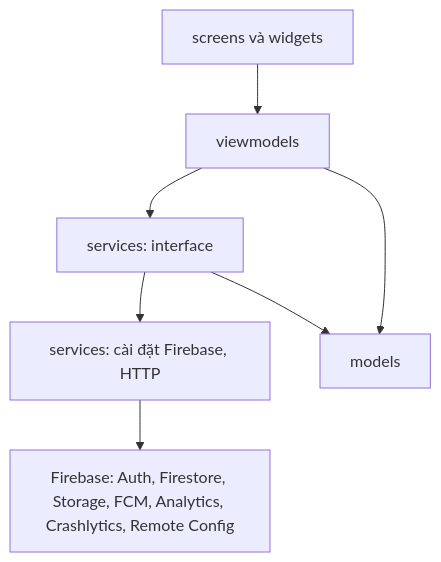
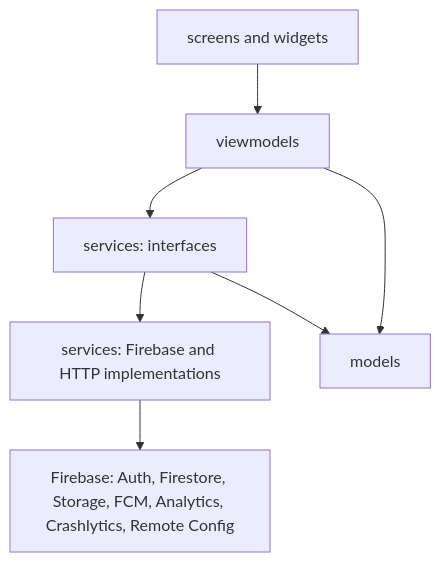
Before and after one commit to baonv0817/PRM393_Lab03_Group2: the first of 2 diagrams in docs/architecture.md, drawn with Mermaid. The commit also changed other lines of this file and 19 other files, not shown here.

````diff
--- a/docs/architecture.md
+++ b/docs/architecture.md
@@ -26,9 +26,9 @@
 ```mermaid
 graph TD
-    UI[screens và widgets] --> VM[viewmodels]
-    VM --> SVC[services: interface]
-    SVC --> IMPL[services: cài đặt Firebase, HTTP]
+    UI[screens and widgets] --> VM[viewmodels]
+    VM --> SVC[services: interfaces]
+    SVC --> IMPL[services: Firebase and HTTP implementations]
     IMPL --> FB[Firebase: Auth, Firestore, Storage, FCM, Analytics, Crashlytics, Remote Config]
     VM --> M[models]
     SVC --> M
 ```
````
